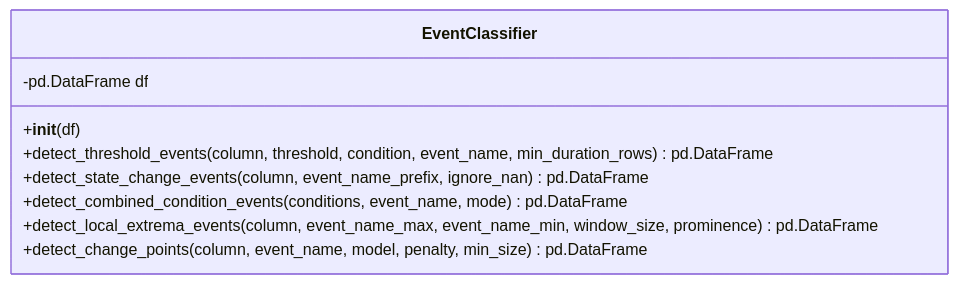
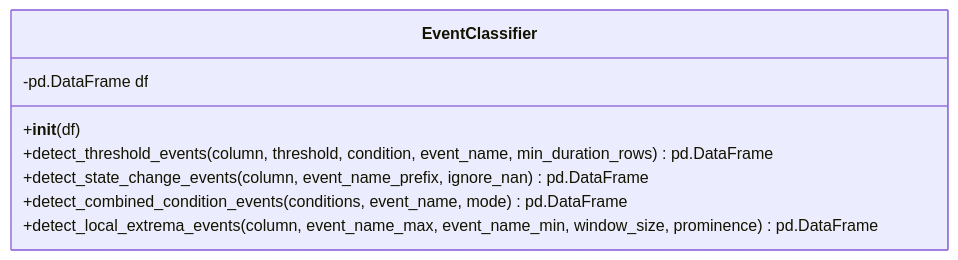
Before and after one commit to GarrettGruss/process-mining-demo: the second of 3 diagrams in examples/example_5/overview.md, drawn with Mermaid. The commit also changed other lines of this file, not shown here.

````diff
--- a/examples/example_5/overview.md
+++ b/examples/example_5/overview.md
@@ -42,12 +32,11 @@
 ```mermaid
 classDiagram
     class EventClassifier {
         -pd.DataFrame df
         +__init__(df)
         +detect_threshold_events(column, threshold, condition, event_name, min_duration_rows) pd.DataFrame
         +detect_state_change_events(column, event_name_prefix, ignore_nan) pd.DataFrame
         +detect_combined_condition_events(conditions, event_name, mode) pd.DataFrame
         +detect_local_extrema_events(column, event_name_max, event_name_min, window_size, prominence) pd.DataFrame
-        +detect_change_points(column, event_name, model, penalty, min_size) pd.DataFrame
     }
 ```
````
